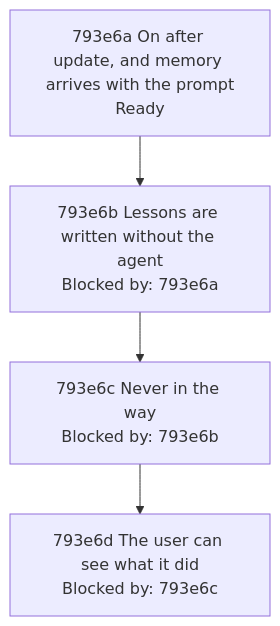
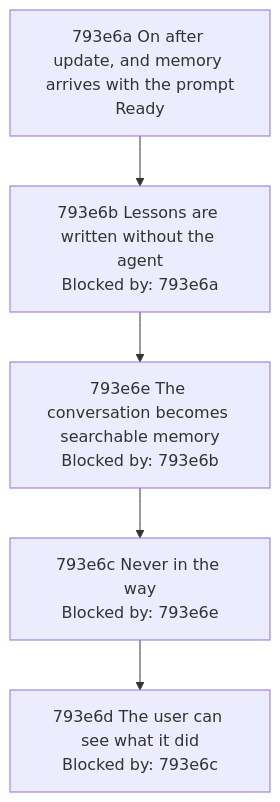
One commit to toejough/engram changed the diagram in docs/changes/793_automatic-memory/793e_implementation-plan.md. Above: the diagram before and after it, drawn with Mermaid. The commit also changed other lines of this file and 3 other files, not shown here.

````diff
--- a/docs/changes/793_automatic-memory/793e_implementation-plan.md
+++ b/docs/changes/793_automatic-memory/793e_implementation-plan.md
@@ -67,6 +68,7 @@
 ```mermaid
 graph TD
     n793e6a["793e6a On after update, and memory arrives with the prompt<br/>Ready"] --> n793e6b["793e6b Lessons are written without the agent<br/>Blocked by: 793e6a"]
-    n793e6b --> n793e6c["793e6c Never in the way<br/>Blocked by: 793e6b"]
+    n793e6b --> n793e6e["793e6e The conversation becomes searchable memory<br/>Blocked by: 793e6b"]
+    n793e6e --> n793e6c["793e6c Never in the way<br/>Blocked by: 793e6e"]
     n793e6c --> n793e6d["793e6d The user can see what it did<br/>Blocked by: 793e6c"]
 ```
````
